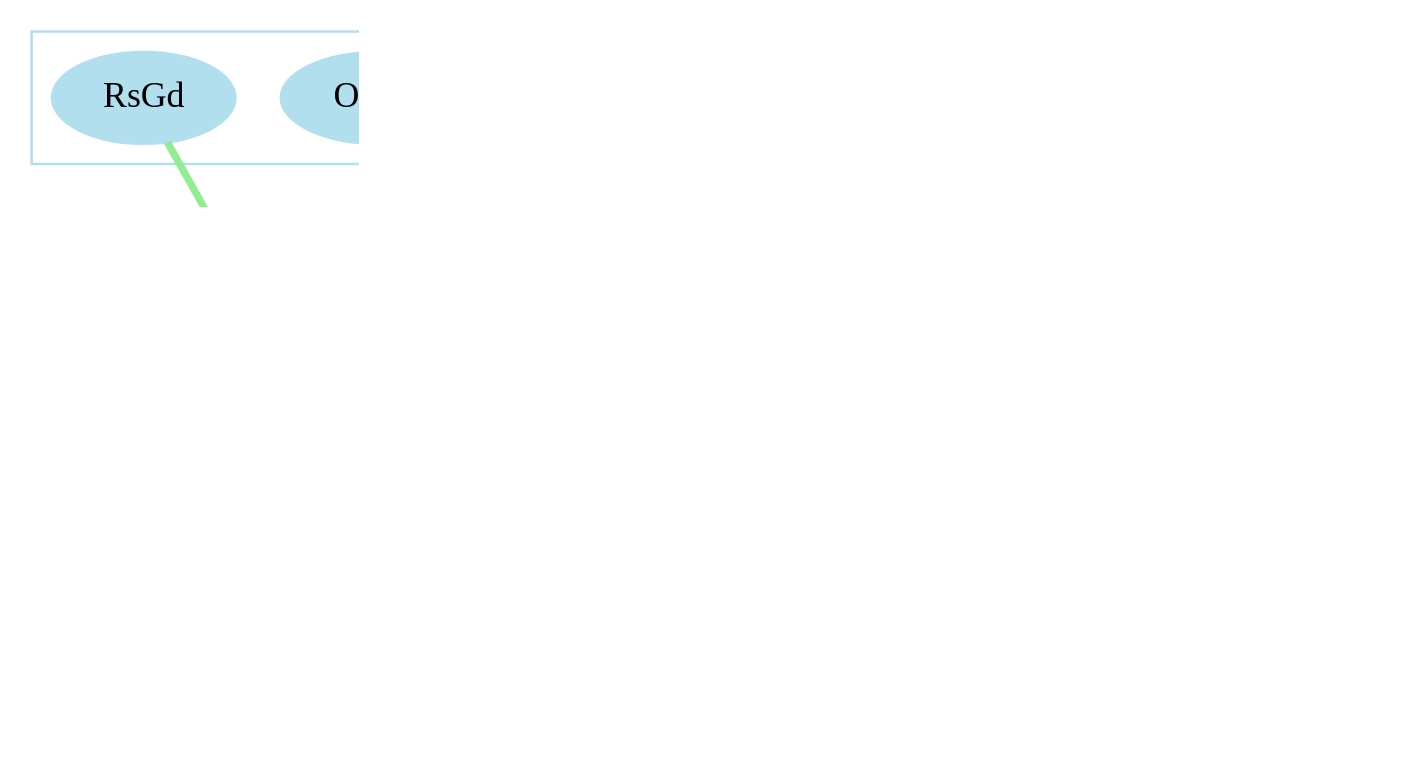
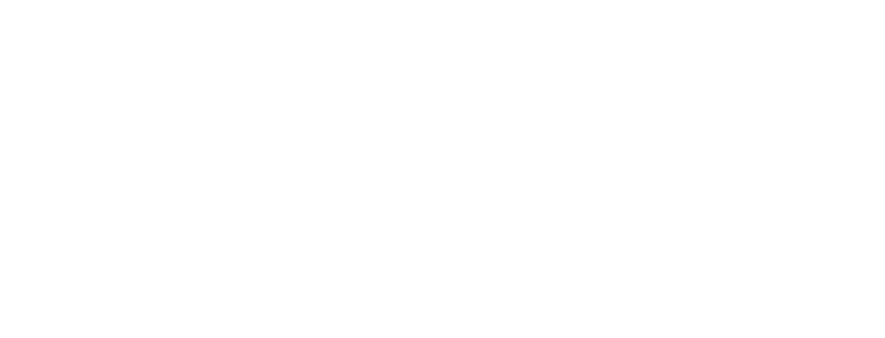
The diagram in reflex.tmp.gv (rlsn/genetic-CA), drawn with Graphviz before and after one commit. The commit also changed 5 other files, not shown here.

```diff
--- a/reflex.tmp.gv
+++ b/reflex.tmp.gv
@@ -1,36 +1,21 @@
 digraph "reflex.tmp" {
 	graph [dpi=300 size="1000,768"]
 	subgraph cluster_0 {
 		node [color=lightblue2 style=filled]
 		color=lightblue2
-		RsGd
-		Rnd
+		RsFw
 		Hp
-		NNgh
-		Osc1c
 	}
 	subgraph cluster_1 {
 		node [color=lightgoldenrod1 style=filled]
 		color=lightgoldenrod1
 		MvFw
-		RtRF
+		MvBw
+		Gath
 		Repr
-		Gath
-		MvBw
 	}
-	RsGd -> i0 [label=2.85 color=lightgreen penwidth=2.8502197265625]
-	Rnd -> i2 [label=-2.47 color=lightpink penwidth=2.473876953125]
-	Hp -> i2 [label=0.49 color=lightgreen penwidth=0.8]
-	NNgh -> i1 [label=1.39 color=lightgreen penwidth=1.3896484375]
-	Hp -> i2 [label=-1.74 color=lightpink penwidth=1.7384033203125]
-	Osc1c -> i0 [label=0.83 color=lightgreen penwidth=0.8333740234375]
-	i2 -> i0 [label=2.77 color=lightgreen penwidth=2.7728271484375]
-	i2 -> MvFw [label=1.52 color=lightgreen penwidth=1.5206298828125]
-	i2 -> RtRF [label=-2.61 color=lightpink penwidth=2.6051025390625]
-	i2 -> Repr [label=-3.81 color=lightpink penwidth=3.8114013671875]
-	i0 -> Repr [label=-3.63 color=lightpink penwidth=3.6270751953125]
-	i1 -> MvFw [label=3.5 color=lightgreen penwidth=3.503173828125]
-	i1 -> Gath [label=0.13 color=lightgreen penwidth=0.8]
-	i2 -> MvBw [label=-2.49 color=lightpink penwidth=2.4915771484375]
-	i0 -> MvFw [label=-2.73 color=lightpink penwidth=2.7288818359375]
+	RsFw -> MvFw [label=2.26 color=lightgreen penwidth=2.2628173828125]
+	RsFw -> MvBw [label=-3.5 color=lightpink penwidth=3.5032958984375]
+	Hp -> Gath [label=3.27 color=lightgreen penwidth=3.271728515625]
+	Hp -> Repr [label=1.44 color=lightgreen penwidth=1.4444580078125]
 }
```
